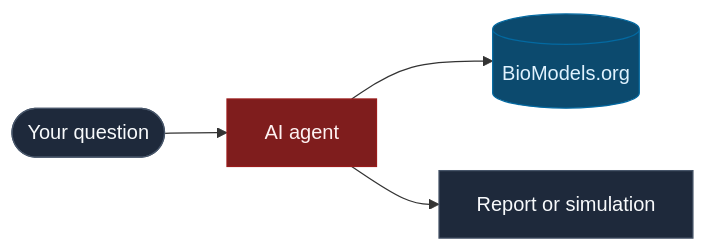
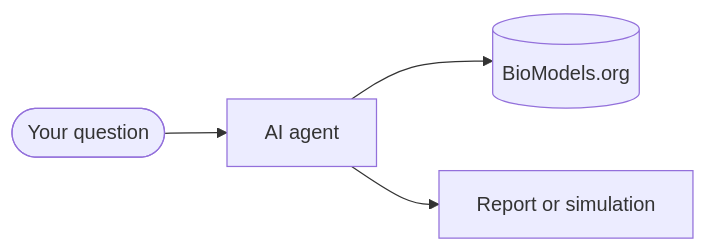
One commit to MervinPraison/PraisonAIBio changed the diagram in docs/index.md. Above: the diagram before and after it, drawn with Mermaid. The commit also changed other lines of this file and 7 other files, not shown here.

````diff
--- a/docs/index.md
+++ b/docs/index.md
@@ -89,11 +75,6 @@
 ```mermaid
 flowchart LR
     Q(["Your question"]) --> A["AI agent"]
     A --> B[("BioModels.org")]
     A --> R["Report or simulation"]
-
-    style Q fill:#1e293b,stroke:#475569,color:#f8fafc
-    style A fill:#7f1d1d,stroke:#991b1b,color:#fef2f2
-    style R fill:#1e293b,stroke:#475569,color:#f8fafc
-    style B fill:#0c4a6e,stroke:#0369a1,color:#e0f2fe
 ```
````
